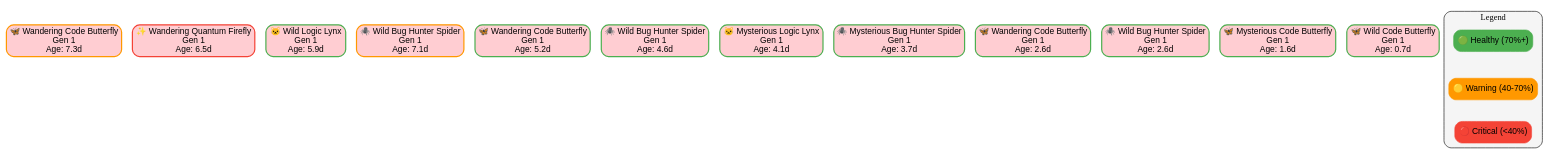
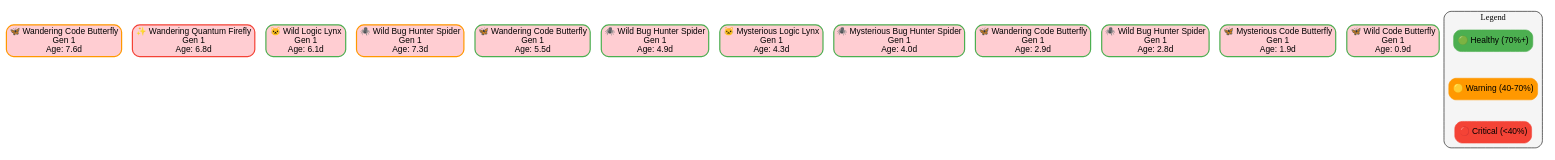
One commit to batmac/digital-ecosystem changed the diagram in .ecosystem/visualizations/family_tree.dot. Above: the diagram before and after it, drawn with Graphviz. The commit also changed 7 other files, not shown here.

```diff
--- a/.ecosystem/visualizations/family_tree.dot
+++ b/.ecosystem/visualizations/family_tree.dot
@@ -1,107 +1,107 @@
 
 digraph EcosystemFamilyTree {
     rankdir=TB;
     node [shape=box, style="rounded,filled", fontname="Arial"];
     edge [fontname="Arial"];
     
     // Style pour différentes générations
     node [fillcolor="#E3F2FD"];
 
         "code_butterfly_1753392858_5357" [
-            label="🦋 Wandering Code Butterfly\nGen 1\nAge: 7.3d",
+            label="🦋 Wandering Code Butterfly\nGen 1\nAge: 7.6d",
             fillcolor="#FFCDD2",
             color="#FF9800",
             penwidth=2
         ];
     
         "quantum_firefly_1753393678_6656" [
-            label="✨ Wandering Quantum Firefly\nGen 1\nAge: 6.5d",
+            label="✨ Wandering Quantum Firefly\nGen 1\nAge: 6.8d",
             fillcolor="#FFCDD2",
             color="#F44336",
             penwidth=2
         ];
     
         "logic_lynx_1753394863_7694" [
-            label="🐱 Wild Logic Lynx\nGen 1\nAge: 5.9d",
+            label="🐱 Wild Logic Lynx\nGen 1\nAge: 6.1d",
             fillcolor="#FFCDD2",
             color="#4CAF50",
             penwidth=2
         ];
     
         "bug_hunter_spider_1753395214_1998" [
-            label="🕷️ Wild Bug Hunter Spider\nGen 1\nAge: 7.1d",
+            label="🕷️ Wild Bug Hunter Spider\nGen 1\nAge: 7.3d",
             fillcolor="#FFCDD2",
             color="#FF9800",
             penwidth=2
         ];
     
         "code_butterfly_1753397153_5909" [
-            label="🦋 Wandering Code Butterfly\nGen 1\nAge: 5.2d",
+            label="🦋 Wandering Code Butterfly\nGen 1\nAge: 5.5d",
             fillcolor="#FFCDD2",
             color="#4CAF50",
             penwidth=2
         ];
     
         "bug_hunter_spider_1753401059_2910" [
-            label="🕷️ Wild Bug Hunter Spider\nGen 1\nAge: 4.6d",
+            label="🕷️ Wild Bug Hunter Spider\nGen 1\nAge: 4.9d",
             fillcolor="#FFCDD2",
             color="#4CAF50",
             penwidth=2
         ];
     
         "logic_lynx_1753403721_9188" [
-            label="🐱 Mysterious Logic Lynx\nGen 1\nAge: 4.1d",
+            label="🐱 Mysterious Logic Lynx\nGen 1\nAge: 4.3d",
             fillcolor="#FFCDD2",
             color="#4CAF50",
             penwidth=2
         ];
     
         "bug_hunter_spider_1753404040_5672" [
-            label="🕷️ Mysterious Bug Hunter Spider\nGen 1\nAge: 3.7d",
+            label="🕷️ Mysterious Bug Hunter Spider\nGen 1\nAge: 4.0d",
             fillcolor="#FFCDD2",
             color="#4CAF50",
             penwidth=2
         ];
     
         "code_butterfly_1753404111_1732" [
-            label="🦋 Wandering Code Butterfly\nGen 1\nAge: 2.6d",
+            label="🦋 Wandering Code Butterfly\nGen 1\nAge: 2.9d",
             fillcolor="#FFCDD2",
             color="#4CAF50",
             penwidth=2
         ];
     
         "bug_hunter_spider_1753417286_4988" [
-            label="🕷️ Wild Bug Hunter Spider\nGen 1\nAge: 2.6d",
+            label="🕷️ Wild Bug Hunter Spider\nGen 1\nAge: 2.8d",
             fillcolor="#FFCDD2",
             color="#4CAF50",
             penwidth=2
         ];
     
         "code_butterfly_1753431031_8187" [
-            label="🦋 Mysterious Code Butterfly\nGen 1\nAge: 1.6d",
+            label="🦋 Mysterious Code Butterfly\nGen 1\nAge: 1.9d",
             fillcolor="#FFCDD2",
             color="#4CAF50",
             penwidth=2
         ];
     
         "code_butterfly_1753431996_4261" [
-            label="🦋 Wild Code Butterfly\nGen 1\nAge: 0.7d",
+            label="🦋 Wild Code Butterfly\nGen 1\nAge: 0.9d",
             fillcolor="#FFCDD2",
             color="#4CAF50",
             penwidth=2
         ];
     
     
     // Légende
     subgraph cluster_legend {
         label="Legend";
         style="rounded,filled";
         fillcolor="#F5F5F5";
         
         legend1 [label="🟢 Healthy (70%+)", fillcolor="#4CAF50", color="#4CAF50"];
         legend2 [label="🟡 Warning (40-70%)", fillcolor="#FF9800", color="#FF9800"];
         legend3 [label="🔴 Critical (<40%)", fillcolor="#F44336", color="#F44336"];
         
         legend1 -> legend2 -> legend3 [style=invis];
     }
 }
```
